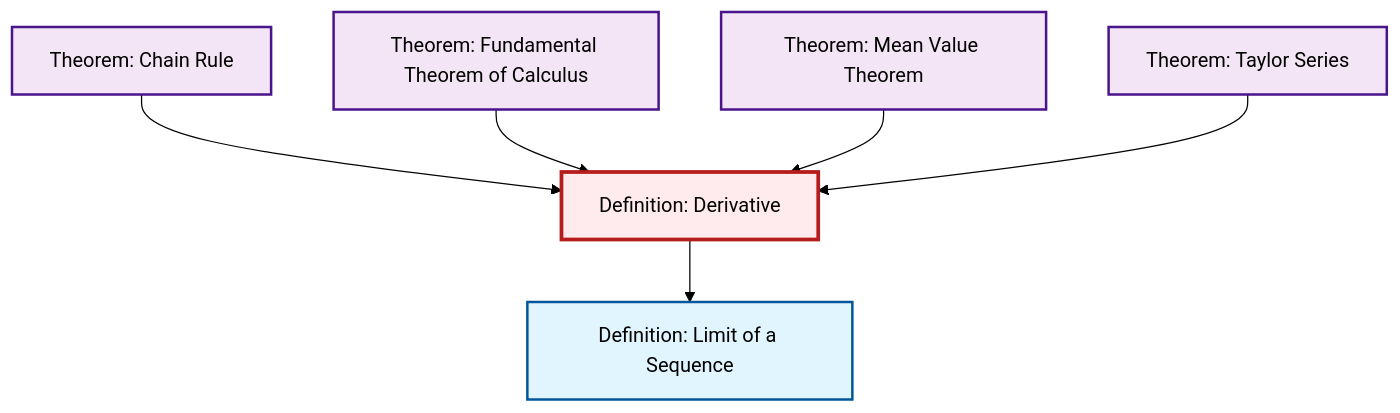
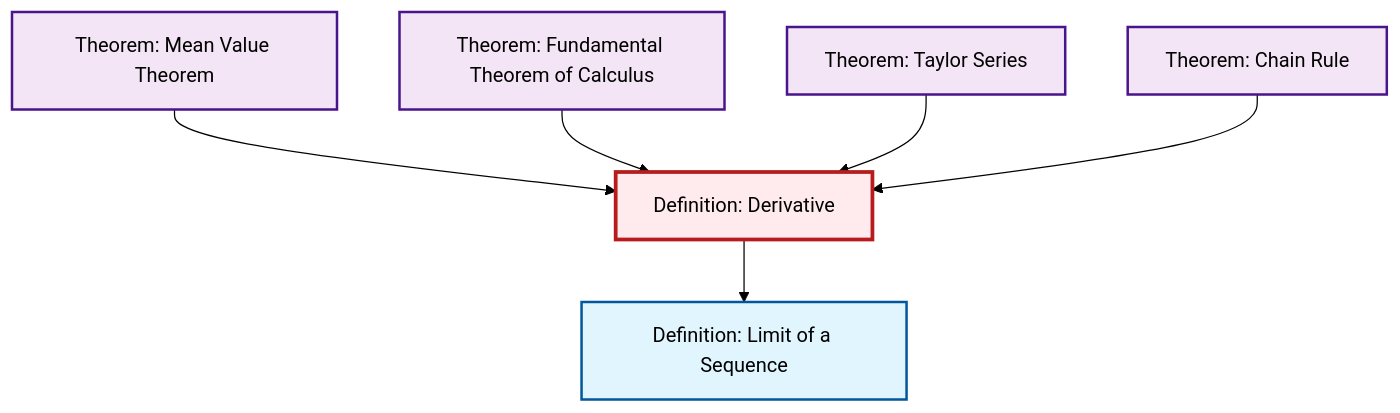
The second of 2 diagrams in content/ja/analysis/def-derivative.qmd (RK0429/ModernMath), drawn with Mermaid (forest theme) before and after one commit. The commit also changed other lines of this file and 634 other files, not shown here.

````diff
--- a/content/ja/analysis/def-derivative.qmd
+++ b/content/ja/analysis/def-derivative.qmd
@@ -89,26 +89,26 @@
 ```{mermaid}
 %%| fig-cap: "Local dependency graph"
 graph TD
     classDef definition fill:#e1f5fe,stroke:#01579b,stroke-width:2px
     classDef theorem fill:#f3e5f5,stroke:#4a148c,stroke-width:2px
     classDef axiom fill:#fff3e0,stroke:#e65100,stroke-width:2px
     classDef example fill:#e8f5e9,stroke:#1b5e20,stroke-width:2px
     classDef current fill:#ffebee,stroke:#b71c1c,stroke-width:3px
     thm-chain-rule["Theorem: Chain Rule"]:::theorem
     def-derivative["Definition: Derivative"]:::definition
+    thm-mean-value["Theorem: Mean Value Theorem"]:::theorem
+    def-limit["Definition: Limit of a Sequence"]:::definition
     thm-taylor-series["Theorem: Taylor Series"]:::theorem
-    def-limit["Definition: Limit of a Sequence"]:::definition
-    thm-mean-value["Theorem: Mean Value Theorem"]:::theorem
     thm-fundamental-calculus["Theorem: Fundamental Theorem of Calculus"]:::theorem
+    thm-mean-value --> def-derivative
+    thm-fundamental-calculus --> def-derivative
+    thm-taylor-series --> def-derivative
+    def-derivative --> def-limit
     thm-chain-rule --> def-derivative
-    def-derivative --> def-limit
-    thm-fundamental-calculus --> def-derivative
-    thm-mean-value --> def-derivative
-    thm-taylor-series --> def-derivative
     class def-derivative current
     click thm-chain-rule "thm-chain-rule.html" "Theorem: Chain Ruleへ"
+    click thm-mean-value "thm-mean-value.html" "Theorem: Mean Value Theoremへ"
+    click def-limit "def-limit.html" "Definition: Limit of a Sequenceへ"
     click thm-taylor-series "thm-taylor-series.html" "Theorem: Taylor Seriesへ"
-    click def-limit "def-limit.html" "Definition: Limit of a Sequenceへ"
-    click thm-mean-value "thm-mean-value.html" "Theorem: Mean Value Theoremへ"
     click thm-fundamental-calculus "thm-fundamental-calculus.html" "Theorem: Fundamental Theorem of Calculusへ"
 ```
````
